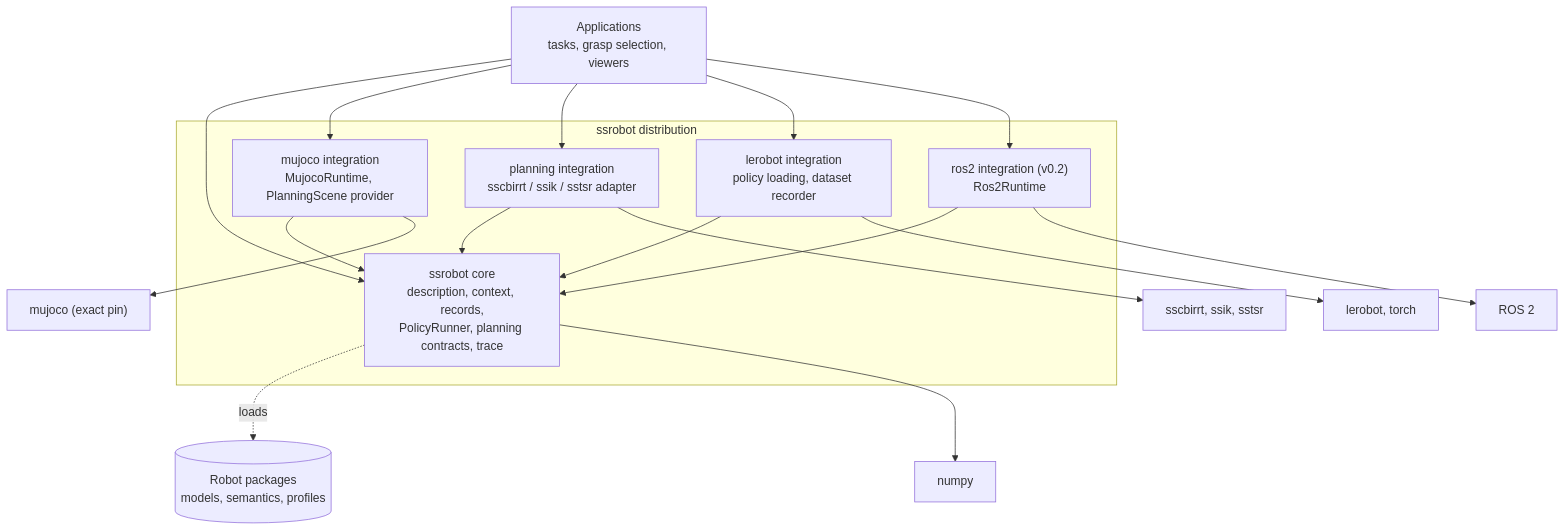
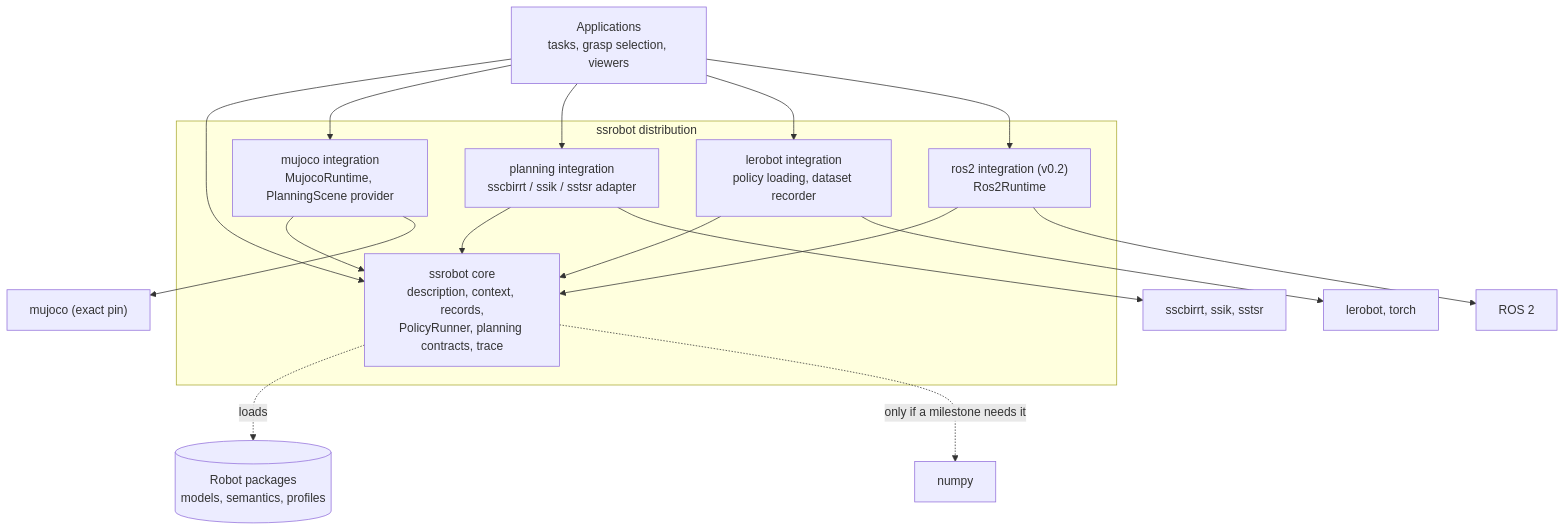
One commit to personalrobotics/ssrobot changed the diagram in docs/architecture.md. Above: the diagram before and after it, drawn with Mermaid. The commit also changed other lines of this file and 2 other files, not shown here.

First line of the commit message:
Bring the README and charter up to date with planning execution (#140)

````diff
--- a/docs/architecture.md
+++ b/docs/architecture.md
@@ -170,27 +174,27 @@
 ```mermaid
 flowchart TD
     apps["Applications<br/>tasks, grasp selection, viewers"]
     pkgs[("Robot packages<br/>models, semantics, profiles")]
 
     subgraph dist["ssrobot distribution"]
         core["ssrobot core<br/>description, context, records,<br/>PolicyRunner, planning contracts, trace"]
         mj["mujoco integration<br/>MujocoRuntime, PlanningScene provider"]
         pl["planning integration<br/>sscbirrt / ssik / sstsr adapter"]
         lr["lerobot integration<br/>policy loading, dataset recorder"]
         ros["ros2 integration (v0.2)<br/>Ros2Runtime"]
     end
 
     apps --> core
     apps --> mj & pl & lr & ros
     mj --> core
     pl --> core
     lr --> core
     ros --> core
     core -. loads .-> pkgs
 
     mj --> mujoco["mujoco (exact pin)"]
     pl --> planners["sscbirrt, ssik, sstsr"]
     lr --> learning["lerobot, torch"]
     ros --> rclpy["ROS 2"]
-    core --> numpy["numpy"]
+    core -. "only if a milestone needs it" .-> numpy["numpy"]
 ```
````
